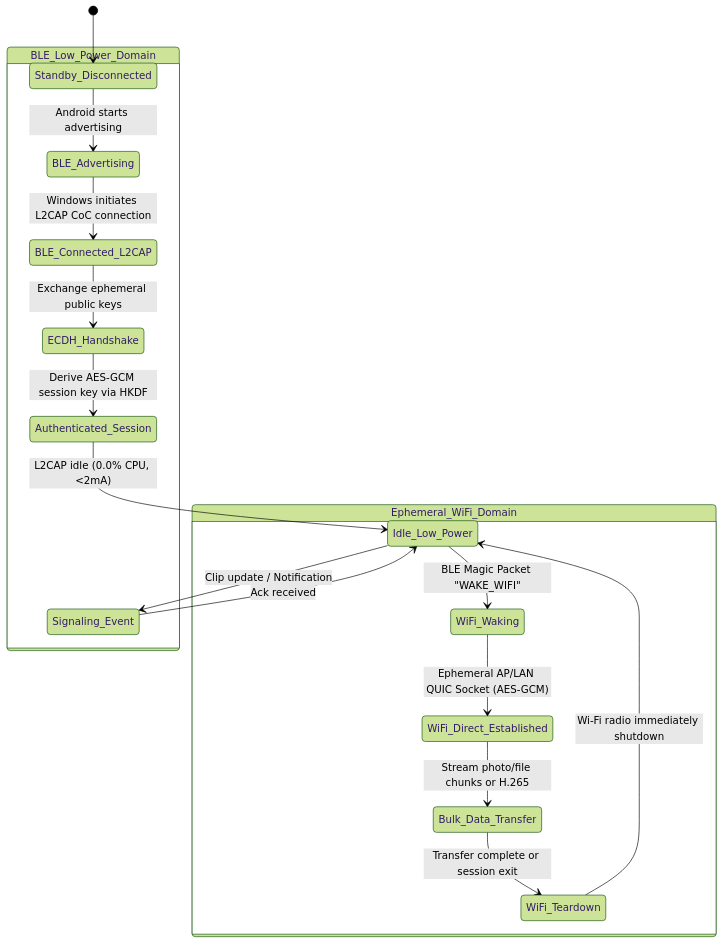
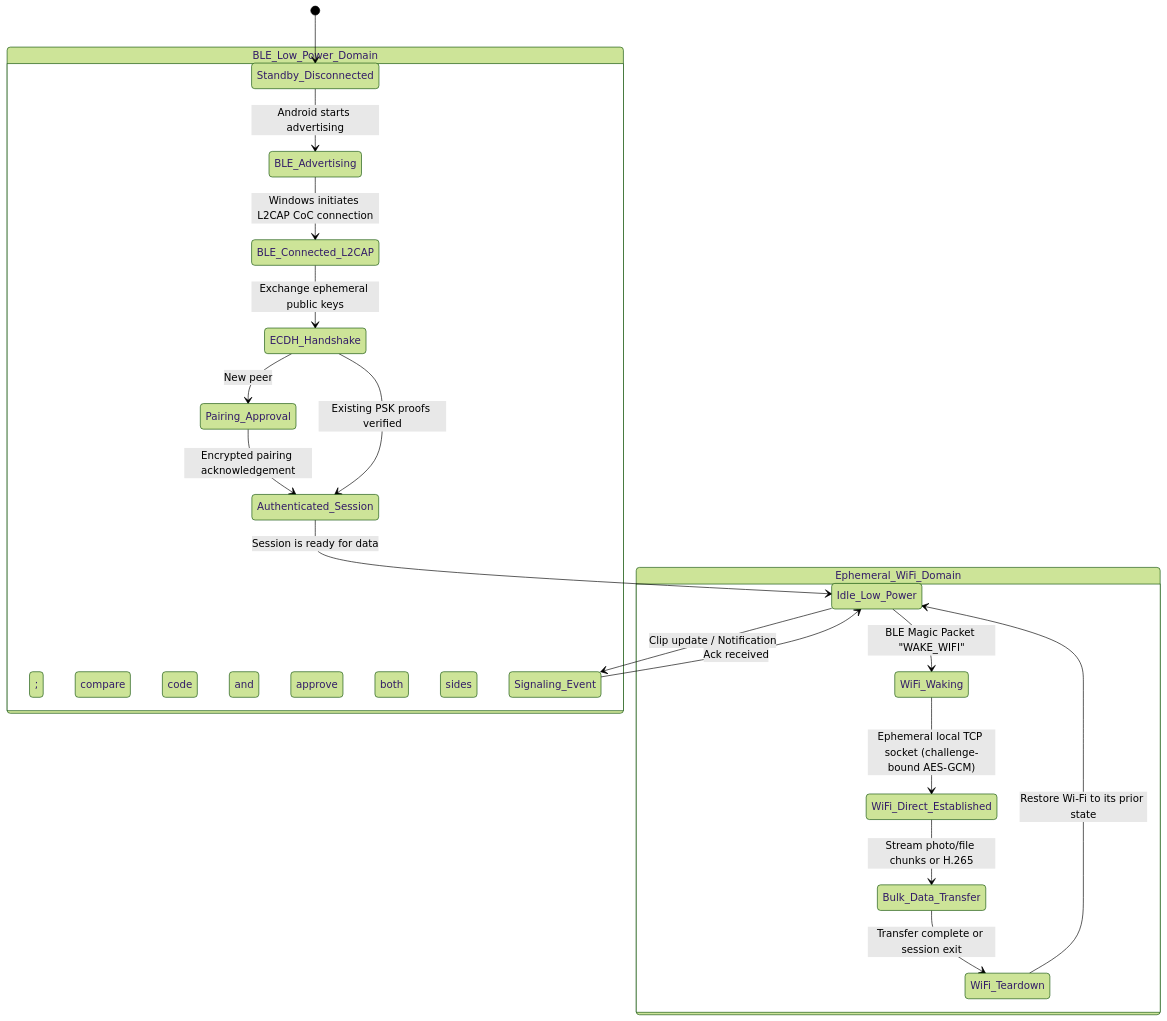
Before and after one commit to prasanth-047/ZeroLink: the diagram in ARCHITECTURE.md, drawn with Mermaid (forest theme). The commit also changed other lines of this file and 59 other files, not shown here.

````diff
--- a/ARCHITECTURE.md
+++ b/ARCHITECTURE.md
@@ -78,22 +80,24 @@
 ```mermaid
 stateDiagram-v2
     [*] --> Standby_Disconnected
 
     state BLE_Low_Power_Domain {
         Standby_Disconnected --> BLE_Advertising: Android starts advertising
         BLE_Advertising --> BLE_Connected_L2CAP: Windows initiates L2CAP CoC connection
         BLE_Connected_L2CAP --> ECDH_Handshake: Exchange ephemeral public keys
-        ECDH_Handshake --> Authenticated_Session: Derive AES-GCM session key via HKDF
-        Authenticated_Session --> Idle_Low_Power: L2CAP idle (0.0% CPU, <2mA)
+        ECDH_Handshake --> Pairing_Approval: New peer; compare code and approve both sides
+        Pairing_Approval --> Authenticated_Session: Encrypted pairing acknowledgement
+        ECDH_Handshake --> Authenticated_Session: Existing PSK proofs verified
+        Authenticated_Session --> Idle_Low_Power: Session is ready for data
         Idle_Low_Power --> Signaling_Event: Clip update / Notification
         Signaling_Event --> Idle_Low_Power: Ack received
     }
 
     state Ephemeral_WiFi_Domain {
         Idle_Low_Power --> WiFi_Waking: BLE Magic Packet "WAKE_WIFI"
-        WiFi_Waking --> WiFi_Direct_Established: Ephemeral AP/LAN QUIC Socket (AES-GCM)
+        WiFi_Waking --> WiFi_Direct_Established: Ephemeral local TCP socket (challenge-bound AES-GCM)
         WiFi_Direct_Established --> Bulk_Data_Transfer: Stream photo/file chunks or H.265
         Bulk_Data_Transfer --> WiFi_Teardown: Transfer complete or session exit
-        WiFi_Teardown --> Idle_Low_Power: Wi-Fi radio immediately shutdown
+        WiFi_Teardown --> Idle_Low_Power: Restore Wi-Fi to its prior state
     }
 ```
````
